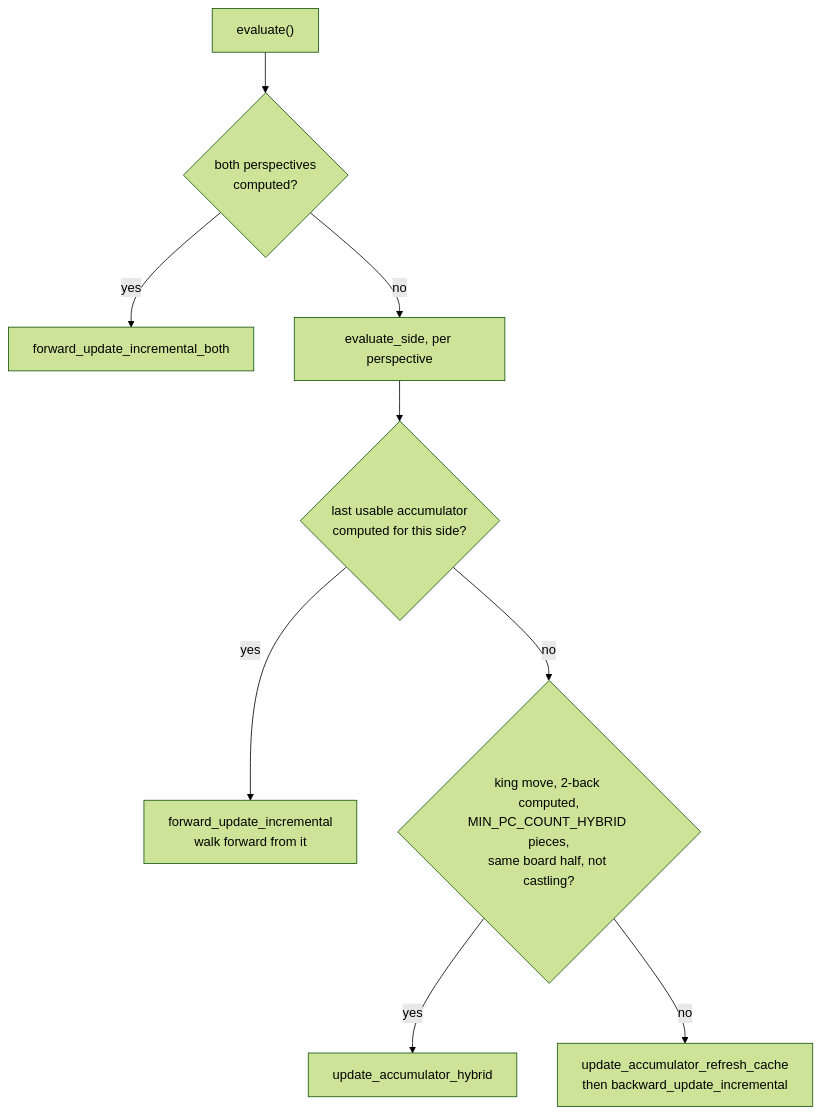
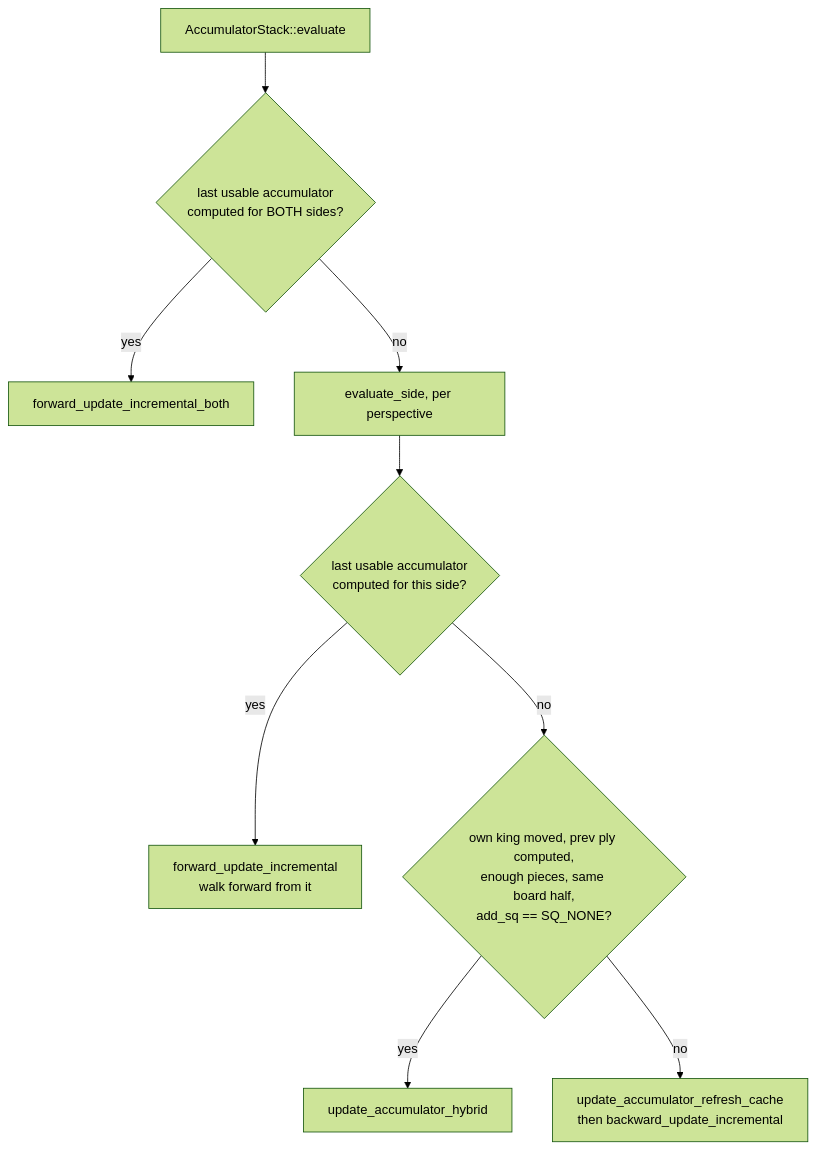
Before and after one commit to ppigazzini/Stockfish: the diagram in docs/03-engine-eval.md, drawn with Mermaid (forest theme). The commit also changed other lines of this file, not shown here.

````diff
--- a/docs/03-engine-eval.md
+++ b/docs/03-engine-eval.md
@@ -54,11 +95,11 @@
 ```mermaid
 flowchart TD
-    E["evaluate()"] --> B{"both perspectives<br/>computed?"}
+    E["AccumulatorStack::evaluate"] --> B{"last usable accumulator<br/>computed for BOTH sides?"}
     B -->|yes| FB["forward_update_incremental_both"]
     B -->|no| S["evaluate_side, per perspective"]
     S --> C{"last usable accumulator<br/>computed for this side?"}
     C -->|yes| F["forward_update_incremental<br/>walk forward from it"]
-    C -->|no| H{"king move, 2-back computed,<br/>MIN_PC_COUNT_HYBRID pieces,<br/>same board half, not castling?"}
+    C -->|no| H{"own king moved, prev ply computed,<br/>enough pieces, same board half,<br/>add_sq == SQ_NONE?"}
     H -->|yes| HY["update_accumulator_hybrid"]
     H -->|no| R["update_accumulator_refresh_cache<br/>then backward_update_incremental"]
 ```
````
